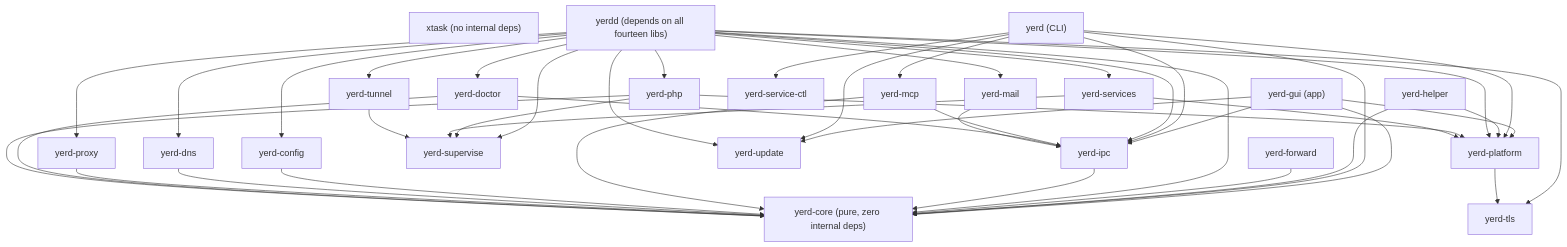
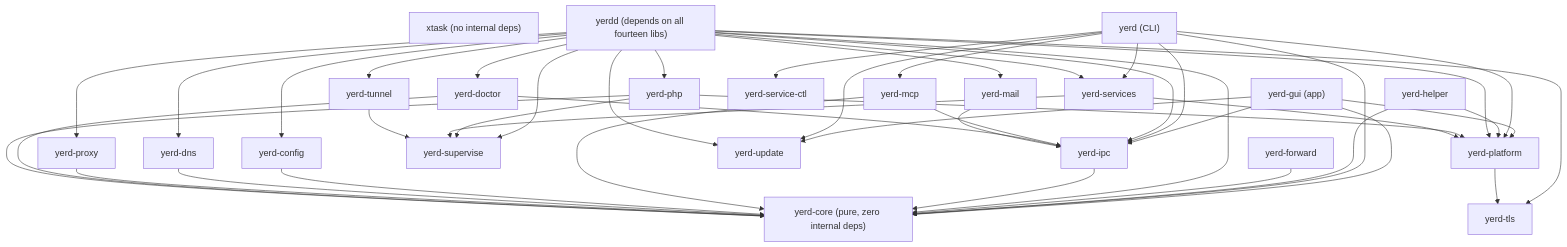
The diagram in docs/developer/crates.md (forjedio/yerd), drawn with Mermaid before and after one commit. The commit also changed other lines of this file and 23 other files, not shown here.

````diff
--- a/docs/developer/crates.md
+++ b/docs/developer/crates.md
@@ -90,75 +90,76 @@
 ```mermaid
 flowchart TD
     gui["yerd-gui (app)"]
     xtask["xtask (no internal deps)"]
     yerd["yerd (CLI)"]
     yerdd["yerdd (depends on all fourteen libs)"]
     helper["yerd-helper"]
     forward["yerd-forward"]
 
     ipc["yerd-ipc"]
     config["yerd-config"]
     dns["yerd-dns"]
     proxy["yerd-proxy"]
     php["yerd-php"]
     services["yerd-services"]
     supervise["yerd-supervise"]
     doctor["yerd-doctor"]
     tls["yerd-tls"]
     platform["yerd-platform"]
     mail["yerd-mail"]
     mcp["yerd-mcp"]
     tunnel["yerd-tunnel"]
     update["yerd-update"]
     servicectl["yerd-service-ctl"]
     core["yerd-core (pure, zero internal deps)"]
 
     gui --> core
     gui --> ipc
     gui --> platform
     gui --> update
 
     yerd --> core
     yerd --> ipc
     yerd --> platform
     yerd --> update
     yerd --> servicectl
     yerd --> mcp
+    yerd --> services
 
     helper --> core
     helper --> platform
 
     forward --> core
 
     yerdd --> core
     yerdd --> config
     yerdd --> ipc
     yerdd --> tls
     yerdd --> platform
     yerdd --> dns
     yerdd --> php
     yerdd --> services
     yerdd --> supervise
     yerdd --> proxy
     yerdd --> doctor
     yerdd --> mail
     yerdd --> tunnel
     yerdd --> update
 
     ipc --> core
     mcp --> ipc
     mcp --> core
     config --> core
     dns --> core
     proxy --> core
     doctor --> core
     doctor --> ipc
     mail --> ipc
     php --> core
     php --> platform
     php --> supervise
     services --> platform
     services --> supervise
     tunnel --> supervise
     platform --> tls
 ```
````
